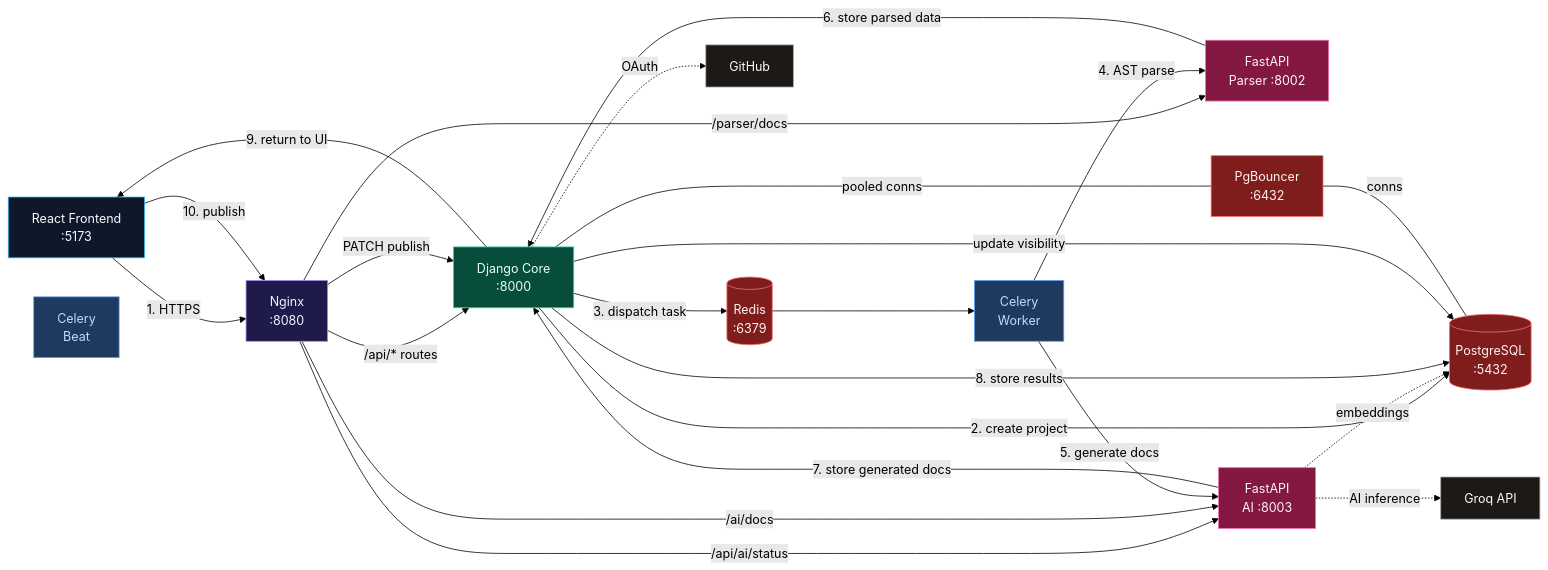
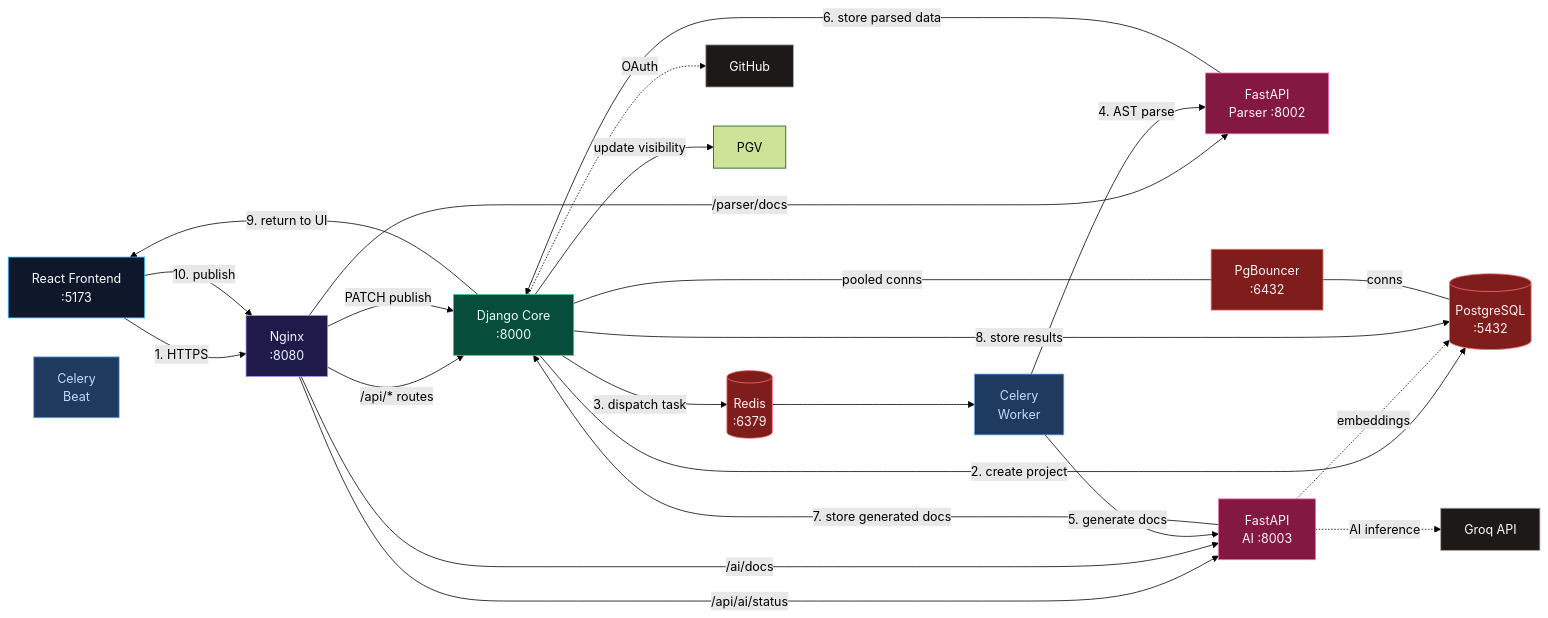
Before and after one commit to dennisjoseph2025/PyDocAI: the first of 27 diagrams in ARCHITECTURE.md, drawn with Mermaid (forest theme). The commit also changed 13 other files, not shown here.

````diff
--- a/ARCHITECTURE.md
+++ b/ARCHITECTURE.md
@@ -55,46 +55,46 @@
 ```mermaid
 graph LR
     F["React Frontend<br/>:5173"]:::frontend
     N["Nginx<br/>:8080"]:::gateway
     D["Django Core<br/>:8000"]:::api
     R[("Redis<br/>:6379")]:::data
     C["Celery<br/>Worker"]:::worker
     B["Celery<br/>Beat"]:::worker
     P["FastAPI<br/>Parser :8002"]:::fastapi
     A["FastAPI<br/>AI :8003"]:::fastapi
     PG[("PostgreSQL<br/>:5432")]:::data
     PB["PgBouncer<br/>:6432"]:::data
     G["Groq API"]:::ext
     GH["GitHub"]:::ext
 
     F -->|1. HTTPS| N
     N -->|/api/* routes| D
     N -->|/api/ai/status| A
     N -->|/parser/docs| P
     N -->|/ai/docs| A
     D -->|2. create project| PG
     D -->|3. dispatch task| R
     R --> C
     C -->|4. AST parse| P
     C -->|5. generate docs| A
     P -->|6. store parsed data| D
     A -->|7. store generated docs| D
     A -.->|embeddings| PG
     D -->|8. store results| PG
     D -->|9. return to UI| F
     F -->|10. publish| N
     N -->|PATCH publish| D
-    D -->|update visibility| PG
+    D -->|update visibility| PGV
     D -.->|OAuth| GH
     A -.->|AI inference| G
     D ---|pooled conns| PB
     PB ---|conns| PG
 
     classDef frontend fill:#0f172a,stroke:#38bdf8,color:#f8fafc;
     classDef gateway fill:#1e1b4b,stroke:#a78bfa,color:#eef2ff;
     classDef api fill:#064e3b,stroke:#34d399,color:#ecfdf5;
     classDef data fill:#7f1d1d,stroke:#f87171,color:#fef2f2;
     classDef worker fill:#1e3a5f,stroke:#60a5fa,color:#bfdbfe;
     classDef fastapi fill:#831843,stroke:#f472b6,color:#fdf2f8;
     classDef ext fill:#1c1917,stroke:#a8a29e,color:#fafaf9;
 ```
````
